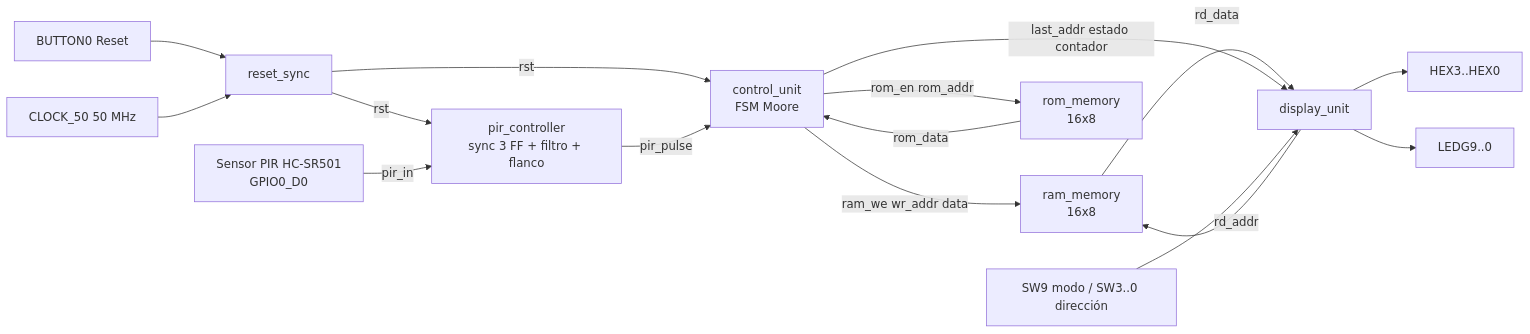
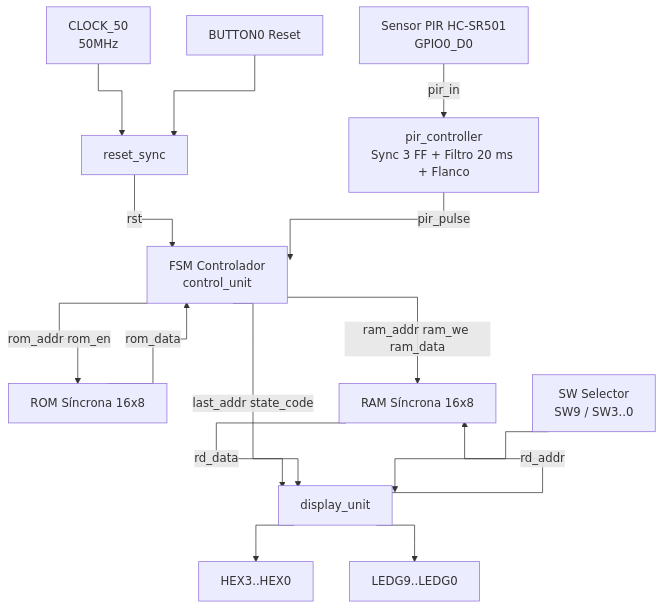
Before and after one commit to estebanmeneses-gif/Microproyecto2_PIR: the first of 2 diagrams in README.md, drawn with Mermaid. The commit also changed other lines of this file and 4 other files, not shown here.

Commit message:
Diagramas de arquitectura y FSM en Mermaid

````diff
--- a/README.md
+++ b/README.md
@@ -102,37 +100,38 @@
 ```mermaid
-graph LR
+%%{init: {"flowchart": {"curve": "stepAfter"}}}%%
+graph TD
 
-    CLOCK_50["CLOCK_50 50 MHz"]
-    BTN["BUTTON0 Reset"]
+    CLOCK_50["CLOCK_50<br/>50MHz"]
+    KEY["BUTTON0 Reset"]
     PIR["Sensor PIR HC-SR501<br/>GPIO0_D0"]
-    SW["SW9 modo / SW3..0 dirección"]
 
     RST["reset_sync"]
-    PIRC["pir_controller<br/>sync 3 FF + filtro + flanco"]
-    FSM["control_unit<br/>FSM Moore"]
-    ROM["rom_memory<br/>16x8"]
-    RAM["ram_memory<br/>16x8"]
+    PIRC["pir_controller<br/>Sync 3 FF + Filtro 20 ms + Flanco"]
+    FSM["FSM Controlador<br/>control_unit"]
+    ROM["ROM Síncrona 16x8"]
+    RAM["RAM Síncrona 16x8"]
+    SW["SW Selector<br/>SW9 / SW3..0"]
     DISP["display_unit"]
 
     HEX["HEX3..HEX0"]
-    LED["LEDG9..0"]
+    LED["LEDG9..LEDG0"]
 
-    BTN --> RST
     CLOCK_50 --> RST
-    RST -->|rst| PIRC
+    KEY --> RST
     RST -->|rst| FSM
     PIR -->|pir_in| PIRC
     PIRC -->|pir_pulse| FSM
 
-    FSM -->|rom_en rom_addr| ROM
+    FSM -->|rom_addr rom_en| ROM
     ROM -->|rom_data| FSM
 
-    FSM -->|ram_we wr_addr data| RAM
+    FSM -->|ram_addr ram_we ram_data| RAM
+    RAM -->|rd_data| DISP
     DISP -->|rd_addr| RAM
-    RAM -->|rd_data| DISP
 
-    FSM -->|last_addr estado contador| DISP
+    FSM -->|last_addr state_code| DISP
     SW --> DISP
+
     DISP --> HEX
     DISP --> LED
 ```
````
